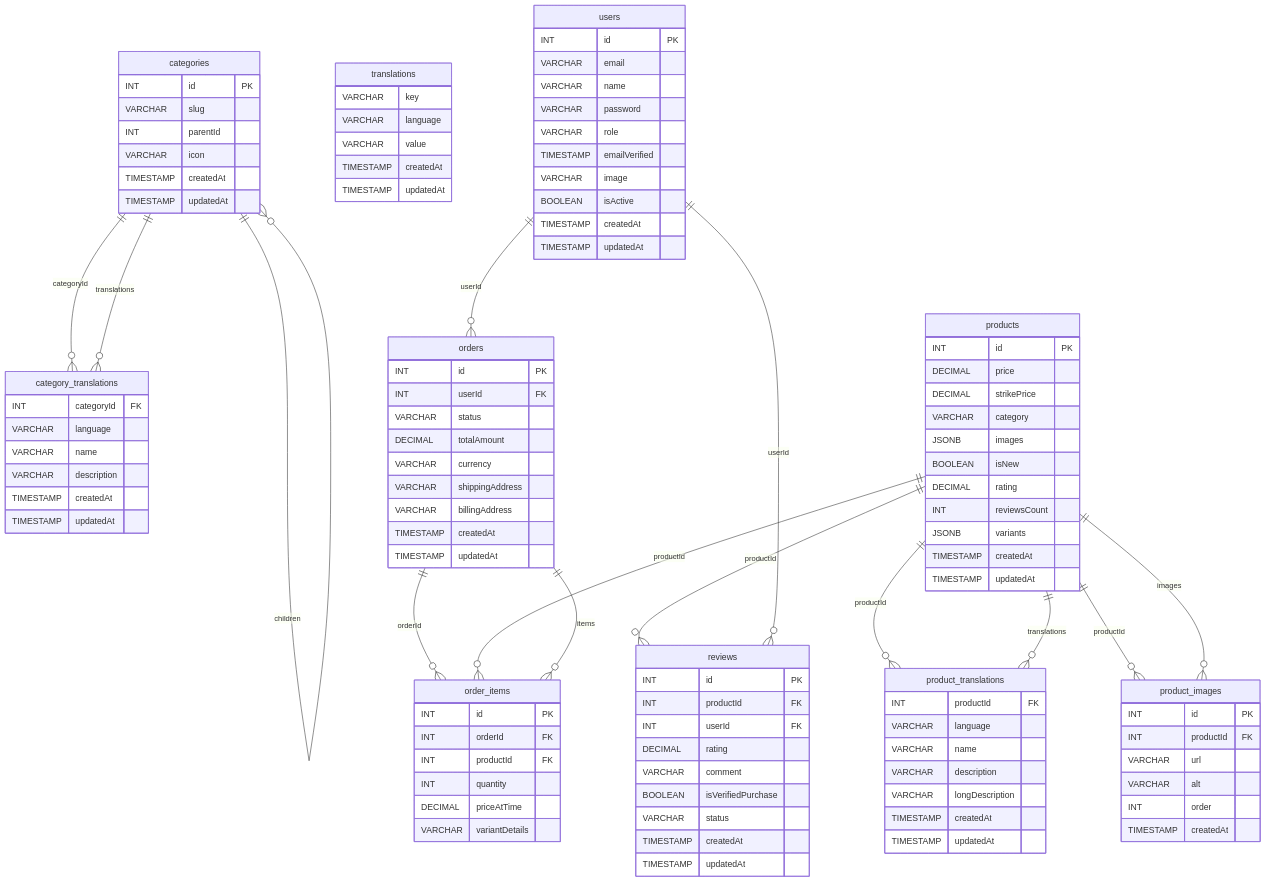
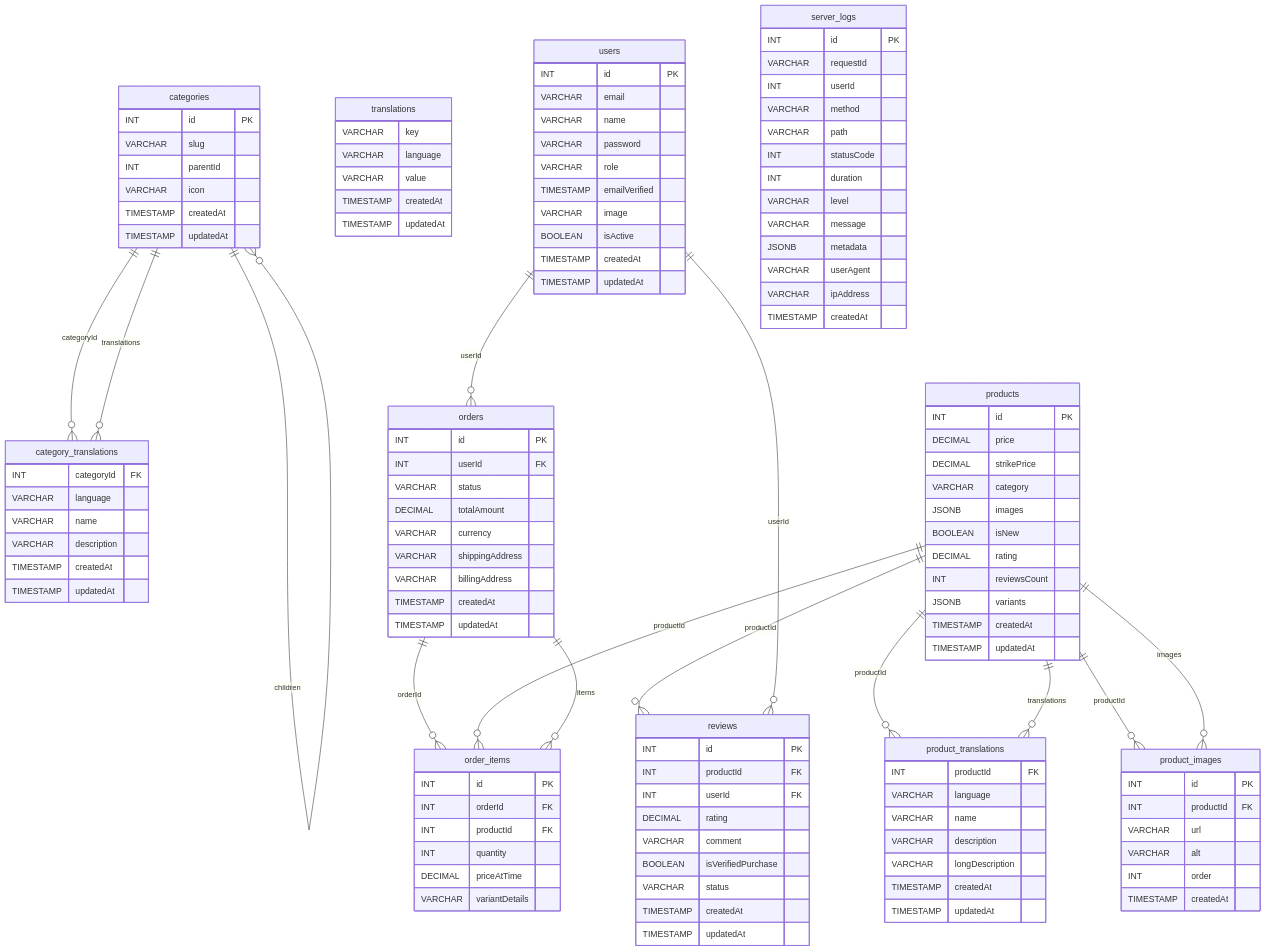
The diagram in docs/database/SCHEMA.md (3mrhussein/findeg), drawn with Mermaid before and after one commit. The commit also changed 166 other files, not shown here.

````diff
--- a/docs/database/SCHEMA.md
+++ b/docs/database/SCHEMA.md
@@ -6,98 +6,98 @@
 erDiagram
     categories {
         INT id PK
-        VARCHAR slug 
-        INT parentId 
-        VARCHAR icon 
-        TIMESTAMP createdAt 
-        TIMESTAMP updatedAt 
+        VARCHAR slug
+        INT parentId
+        VARCHAR icon
+        TIMESTAMP createdAt
+        TIMESTAMP updatedAt
     }
     category_translations {
         INT categoryId FK
-        VARCHAR language 
-        VARCHAR name 
-        VARCHAR description 
-        TIMESTAMP createdAt 
-        TIMESTAMP updatedAt 
+        VARCHAR language
+        VARCHAR name
+        VARCHAR description
+        TIMESTAMP createdAt
+        TIMESTAMP updatedAt
     }
     orders {
         INT id PK
         INT userId FK
-        VARCHAR status 
-        DECIMAL totalAmount 
-        VARCHAR currency 
-        VARCHAR shippingAddress 
-        VARCHAR billingAddress 
-        TIMESTAMP createdAt 
-        TIMESTAMP updatedAt 
+        VARCHAR status
+        DECIMAL totalAmount
+        VARCHAR currency
+        VARCHAR shippingAddress
+        VARCHAR billingAddress
+        TIMESTAMP createdAt
+        TIMESTAMP updatedAt
     }
     order_items {
         INT id PK
         INT orderId FK
         INT productId FK
-        INT quantity 
-        DECIMAL priceAtTime 
-        VARCHAR variantDetails 
+        INT quantity
+        DECIMAL priceAtTime
+        VARCHAR variantDetails
     }
     products {
         INT id PK
-        DECIMAL price 
-        DECIMAL strikePrice 
-        VARCHAR category 
-        JSONB images 
-        BOOLEAN isNew 
-        DECIMAL rating 
-        INT reviewsCount 
-        JSONB variants 
-        TIMESTAMP createdAt 
-        TIMESTAMP updatedAt 
+        DECIMAL price
+        DECIMAL strikePrice
+        VARCHAR category
+        JSONB images
+        BOOLEAN isNew
+        DECIMAL rating
+        INT reviewsCount
+        JSONB variants
+        TIMESTAMP createdAt
+        TIMESTAMP updatedAt
     }
     product_translations {
         INT productId FK
-        VARCHAR language 
-        VARCHAR name 
-        VARCHAR description 
-        VARCHAR longDescription 
-        TIMESTAMP createdAt 
-        TIMESTAMP updatedAt 
+        VARCHAR language
+        VARCHAR name
+        VARCHAR description
+        VARCHAR longDescription
+        TIMESTAMP createdAt
+        TIMESTAMP updatedAt
     }
     product_images {
         INT id PK
         INT productId FK
-        VARCHAR url 
-        VARCHAR alt 
-        INT order 
-        TIMESTAMP createdAt 
+        VARCHAR url
+        VARCHAR alt
+        INT order
+        TIMESTAMP createdAt
     }
     reviews {
         INT id PK
         INT productId FK
         INT userId FK
-        DECIMAL rating 
-        VARCHAR comment 
-        BOOLEAN isVerifiedPurchase 
-        VARCHAR status 
-        TIMESTAMP createdAt 
-        TIMESTAMP updatedAt 
+        DECIMAL rating
+        VARCHAR comment
+        BOOLEAN isVerifiedPurchase
+        VARCHAR status
+        TIMESTAMP createdAt
+        TIMESTAMP updatedAt
     }
     translations {
-        VARCHAR key 
-        VARCHAR language 
-        VARCHAR value 
-        TIMESTAMP createdAt 
-        TIMESTAMP updatedAt 
+        VARCHAR key
+        VARCHAR language
+        VARCHAR value
+        TIMESTAMP createdAt
+        TIMESTAMP updatedAt
     }
     users {
         INT id PK
-        VARCHAR email 
-        VARCHAR name 
-        VARCHAR password 
-        VARCHAR role 
-        TIMESTAMP emailVerified 
-        VARCHAR image 
-        BOOLEAN isActive 
-        TIMESTAMP createdAt 
-        TIMESTAMP updatedAt 
+        VARCHAR email
+        VARCHAR name
+        VARCHAR password
+        VARCHAR role
+        TIMESTAMP emailVerified
+        VARCHAR image
+        BOOLEAN isActive
+        TIMESTAMP createdAt
+        TIMESTAMP updatedAt
     }
     categories ||--o{ category_translations : "categoryId"
     categories ||--o{ categories : "children"
@@ -113,4 +113,19 @@
     products ||--o{ reviews : "productId"
     users ||--o{ reviews : "userId"
 
+    server_logs {
+        INT id PK
+        VARCHAR requestId
+        INT userId
+        VARCHAR method
+        VARCHAR path
+        INT statusCode
+        INT duration
+        VARCHAR level
+        VARCHAR message
+        JSONB metadata
+        VARCHAR userAgent
+        VARCHAR ipAddress
+        TIMESTAMP createdAt
+    }
 ```
````
